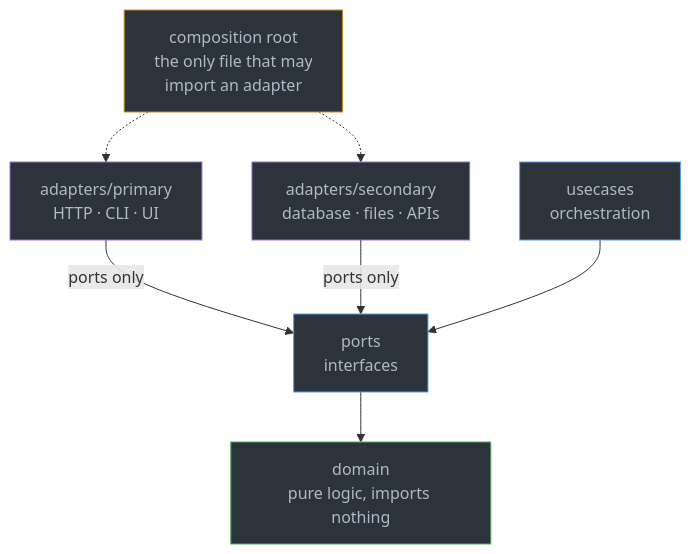
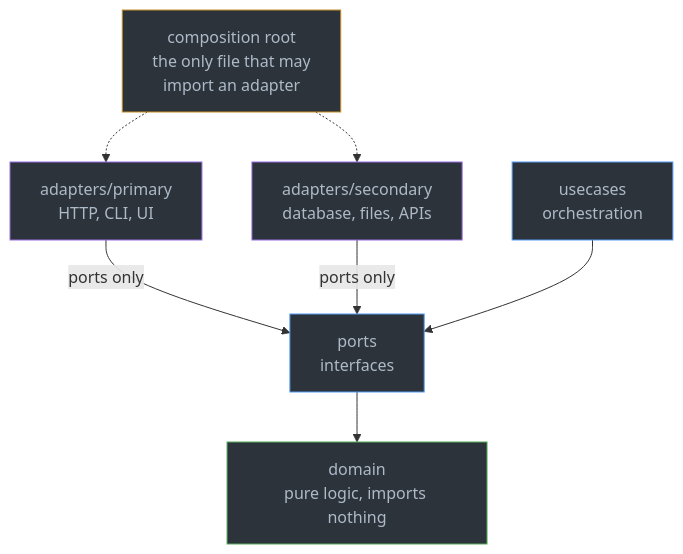
The fourth of 4 diagrams in README.md (gaberger/hex), drawn with Mermaid before and after one commit. The commit also changed other lines of this file and 2 other files, not shown here.

````diff
--- a/README.md
+++ b/README.md
@@ -140,23 +134,23 @@
 ```mermaid
 flowchart TB
-    PA["adapters/primary<br/>HTTP · CLI · UI"]
-    SA["adapters/secondary<br/>database · files · APIs"]
+    PA["adapters/primary<br/>HTTP, CLI, UI"]
+    SA["adapters/secondary<br/>database, files, APIs"]
     U["usecases<br/>orchestration"]
     P["ports<br/>interfaces"]
     D["domain<br/>pure logic, imports nothing"]
     CR["composition root<br/>the only file that may<br/>import an adapter"]
 
     PA -->|"ports only"| P
     SA -->|"ports only"| P
     U --> P
     P --> D
     CR -.-> PA
     CR -.-> SA
 
     style D fill:#2d333b,stroke:#57ab5a,color:#adbac7
     style P fill:#2d333b,stroke:#539bf5,color:#adbac7
     style U fill:#2d333b,stroke:#539bf5,color:#adbac7
     style PA fill:#2d333b,stroke:#986ee2,color:#adbac7
     style SA fill:#2d333b,stroke:#986ee2,color:#adbac7
     style CR fill:#2d333b,stroke:#c69026,color:#adbac7
 ```
````
